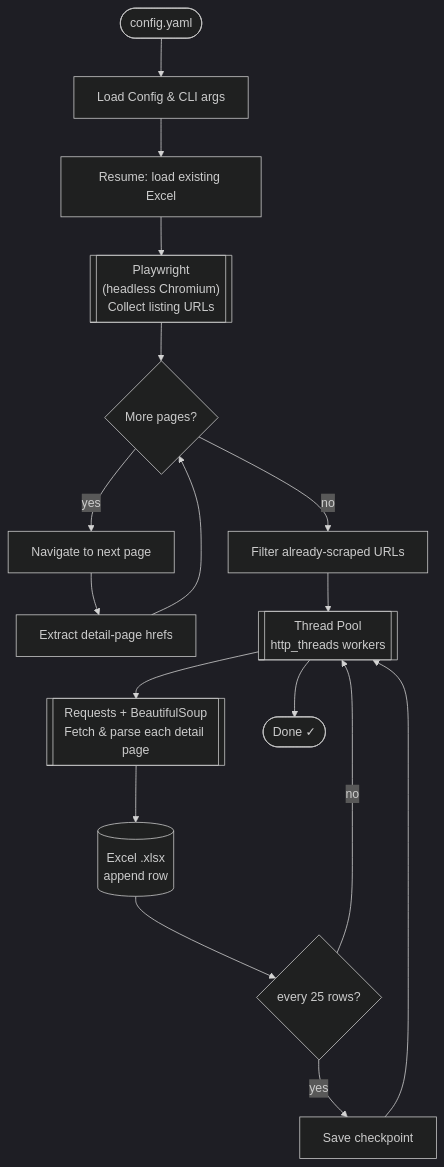
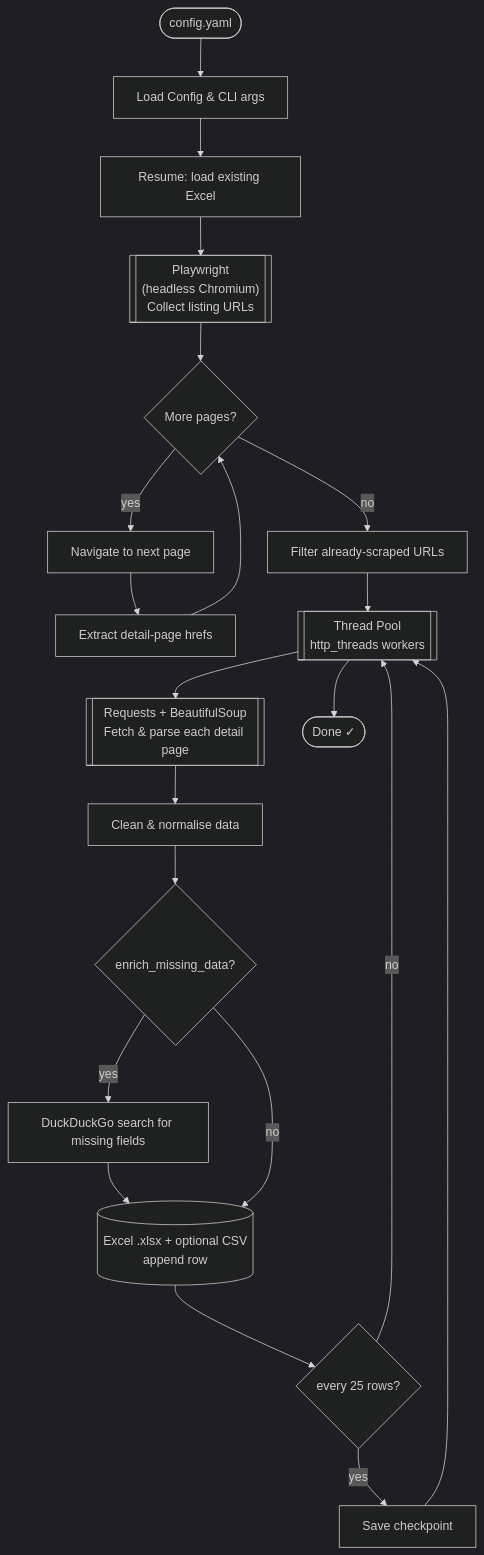
Before and after one commit to jakobeichberger/Business-Directory-Scraper: the first of 2 diagrams in README.md, drawn with Mermaid (dark theme). The commit also changed other lines of this file and 3 other files, not shown here.

Commit message:
Add configurable selectors, data cleaning, missing-field tracking, CSV export, and DuckDuckGo enrichment

````diff
--- a/README.md
+++ b/README.md
@@ -15,19 +16,23 @@
 ```mermaid
 flowchart TD
     A([config.yaml]) --> B[Load Config & CLI args]
     B --> C[Resume: load existing Excel]
     C --> D[["Playwright\n(headless Chromium)\nCollect listing URLs"]]
     D --> E{More pages?}
     E -- yes --> F[Navigate to next page]
     F --> G[Extract detail-page hrefs]
     G --> E
     E -- no --> H[Filter already-scraped URLs]
     H --> I[["Thread Pool\nhttp_threads workers"]]
     I --> J[["Requests + BeautifulSoup\nFetch & parse each detail page"]]
-    J --> K[(Excel .xlsx\nappend row)]
-    K --> L{every 25 rows?}
-    L -- yes --> M[Save checkpoint]
-    M --> I
-    L -- no --> I
-    I --> N([Done ✓])
+    J --> K[Clean & normalise data]
+    K --> L{enrich_missing_data?}
+    L -- yes --> M[DuckDuckGo search for missing fields]
+    M --> N[(Excel .xlsx + optional CSV\nappend row)]
+    L -- no --> N
+    N --> O{every 25 rows?}
+    O -- yes --> P[Save checkpoint]
+    P --> I
+    O -- no --> I
+    I --> Q([Done ✓])
 ```
````
